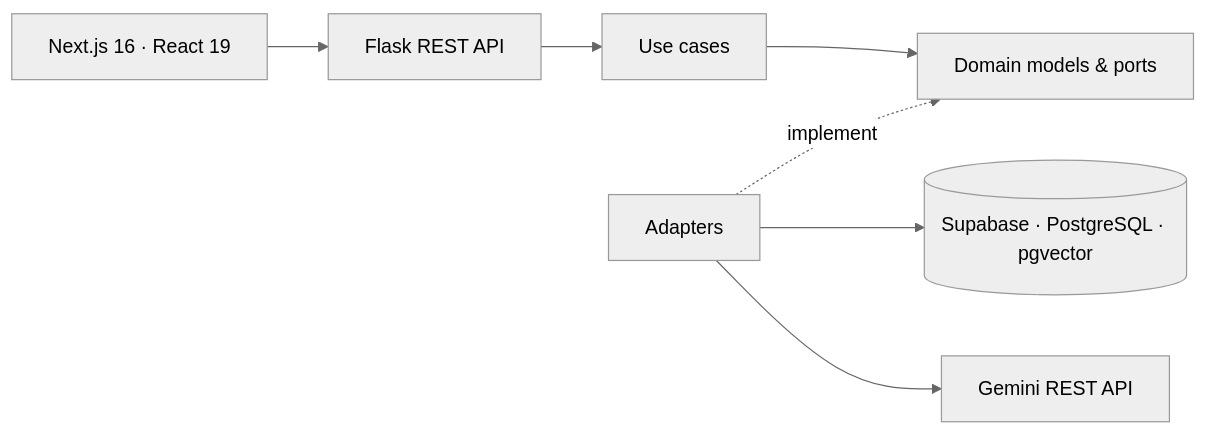
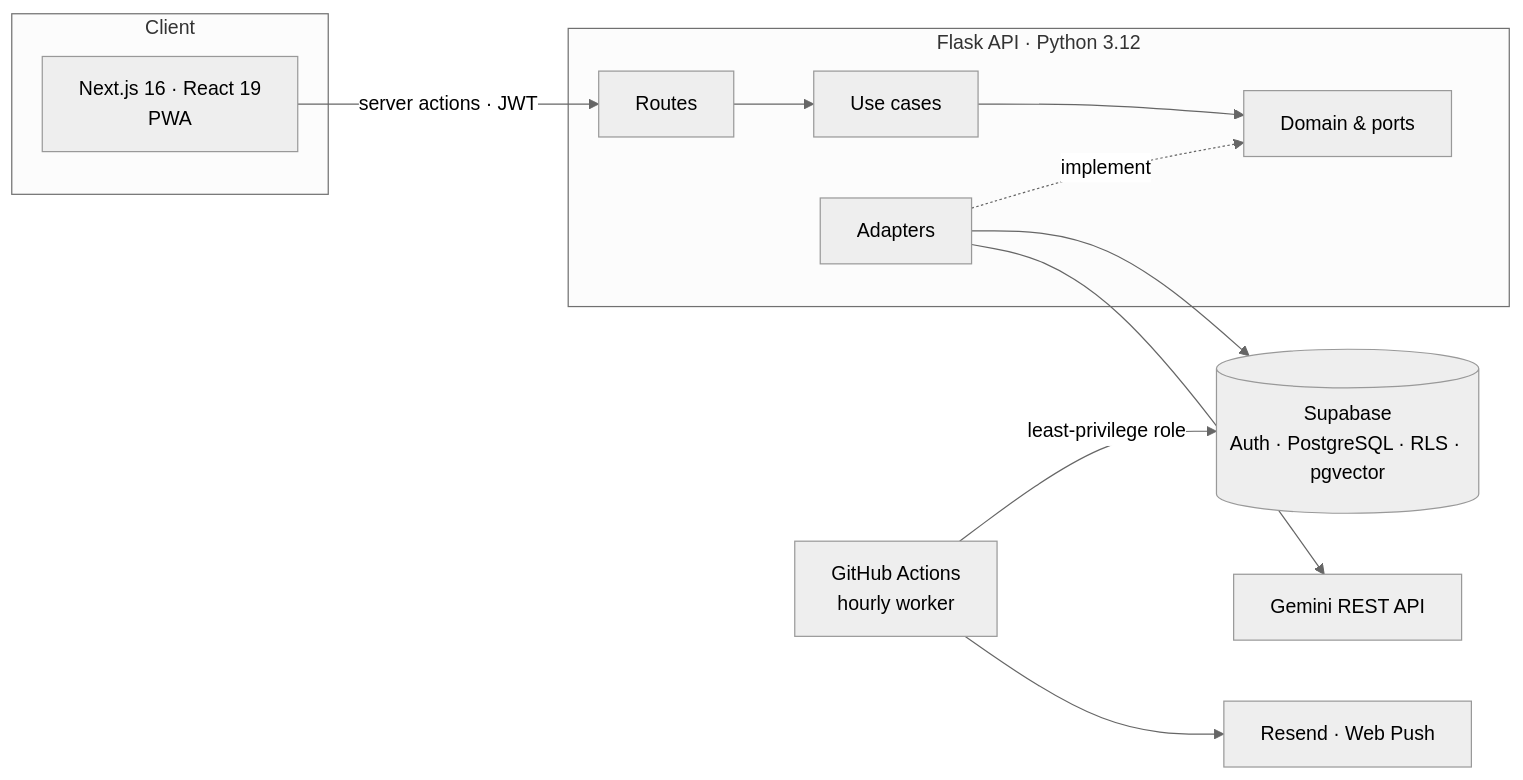
One commit to akifkeklik/libris changed the diagram in README.md. Above: the diagram before and after it, drawn with Mermaid (neutral theme). The commit also changed other lines of this file and 11 other files, not shown here.

````diff
--- a/README.md
+++ b/README.md
@@ -52,8 +68,15 @@
-~~~mermaid
+```mermaid
 flowchart LR
-    WEB["Next.js 16 · React 19"] --> API["Flask REST API"]
-    API --> UC["Use cases"] --> DOMAIN["Domain models & ports"]
-    ADAPTERS["Adapters"] -. implement .-> DOMAIN
-    ADAPTERS --> DB[("Supabase · PostgreSQL · pgvector")]
-    ADAPTERS --> AI["Gemini REST API"]
-~~~
+    subgraph Client
+        WEB["Next.js 16 · React 19<br/>PWA"]
+    end
+    subgraph API["Flask API · Python 3.12"]
+        R["Routes"] --> UC["Use cases"] --> D["Domain & ports"]
+        A["Adapters"] -. implement .-> D
+    end
+    WEB -- "server actions · JWT" --> R
+    A --> DB[("Supabase<br/>Auth · PostgreSQL · RLS · pgvector")]
+    A --> AI["Gemini REST API"]
+    CRON["GitHub Actions<br/>hourly worker"] -- "least-privilege role" --> DB
+    CRON --> MAIL["Resend · Web Push"]
+```
````
